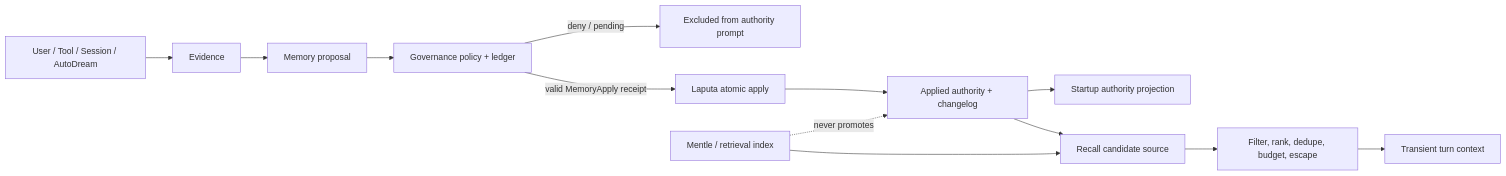
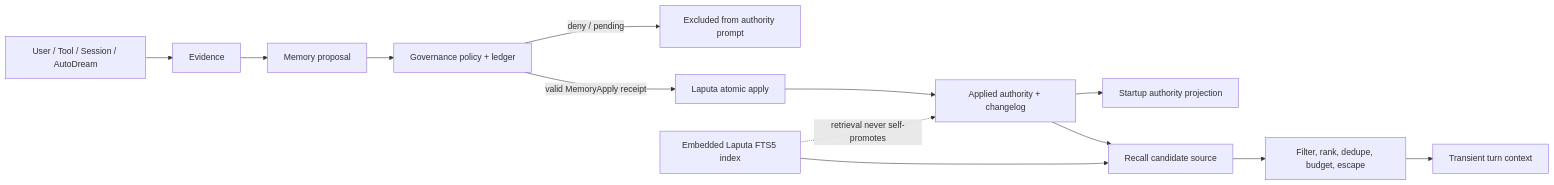
The diagram in docs/architecture/memory-framework-interfaces.md (ProjectViVy/agent-diva), drawn with Mermaid before and after one commit. The commit also changed other lines of this file and 34 other files, not shown here.

First line of the commit message:
docs(memory): adopt Embedded Laputa roadmap

````diff
--- a/docs/architecture/memory-framework-interfaces.md
+++ b/docs/architecture/memory-framework-interfaces.md
@@ -184,15 +190,15 @@
 ```mermaid
 flowchart LR
     U["User / Tool / Session / AutoDream"] --> E["Evidence"]
     E --> P["Memory proposal"]
     P --> G["Governance policy + ledger"]
     G -->|deny / pending| X["Excluded from authority prompt"]
     G -->|valid MemoryApply receipt| A["Laputa atomic apply"]
     A --> L["Applied authority + changelog"]
     L --> S["Startup authority projection"]
     L --> R["Recall candidate source"]
-    M["Mentle / retrieval index"] --> R
+    M["Embedded Laputa FTS5 index"] --> R
     R --> F["Filter, rank, dedupe, budget, escape"]
     F --> C["Transient turn context"]
-    M -. "never promotes" .-> L
+    M -. "retrieval never self-promotes" .-> L
 ```
````
